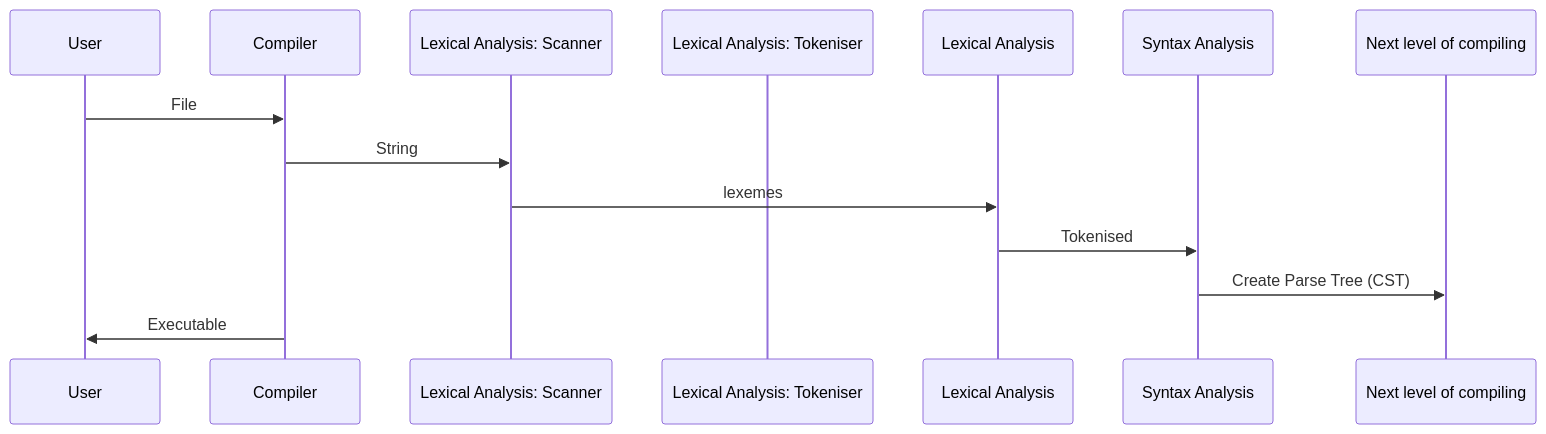
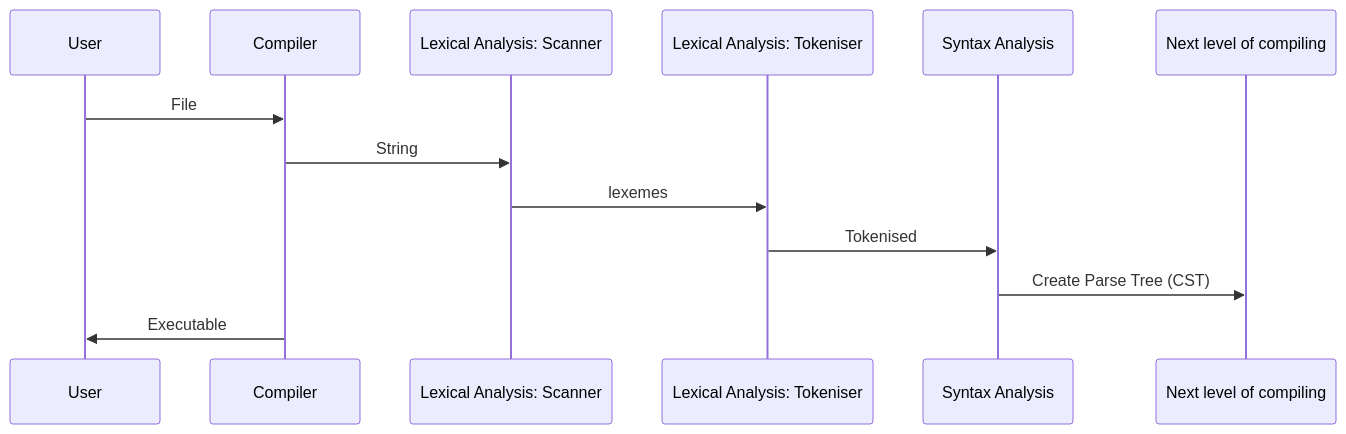
One commit to trshant-sugoi/stackedit changed the diagram in drafts/2019-02-25-Compiler-I-AST.md. Above: the diagram before and after it, drawn with Mermaid. The commit also changed other lines of this file, not shown here.

Commit message:
drafts/2019-02-25-Compiler-I-AST.md updated from https://stackedit.io/

````diff
--- a/drafts/2019-02-25-Compiler-I-AST.md
+++ b/drafts/2019-02-25-Compiler-I-AST.md
@@ -18,15 +18,14 @@
 ```mermaid
 sequenceDiagram
 participant U as User  
 participant C as Compiler   
 participant S as Lexical Analysis: Scanner
 participant T as Lexical Analysis: Tokeniser   
-participant LA as Lexical Analysis  
 participant SA as Syntax Analysis  
-U ->> C: File  
-C ->> S : String
-S ->> LA: lexemes  
-LA ->> SA : Tokenised   
+U ->> C  : File  
+C ->> S  : String
+S ->> T  : lexemes 
+T ->> SA : Tokenised   
 SA  ->> Next level of compiling : Create Parse Tree (CST) 
 C ->> U: Executable  
 ```  
````
